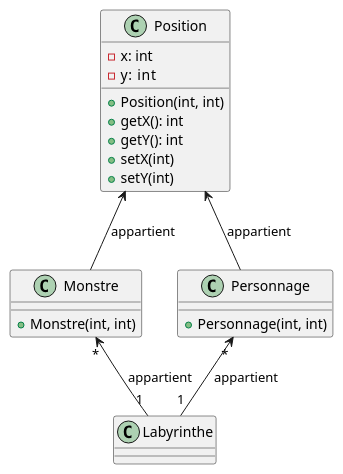
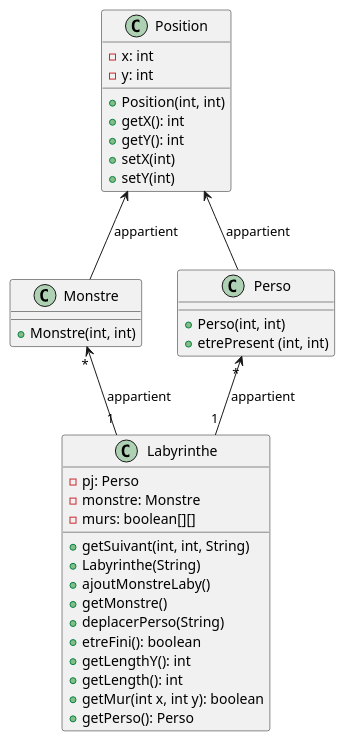
Before and after one commit to Erwanquilliou/2024_Zeldiablo_quilliou2u_leveque58u: the diagram in zeldiablo/documents/version_1/diagclass_monstreImmobile.puml, drawn with PlantUML.

Commit message:
monstresansDeplacement

```diff
--- a/zeldiablo/documents/version_1/diagclass_monstreImmobile.puml
+++ b/zeldiablo/documents/version_1/diagclass_monstreImmobile.puml
@@ -1,34 +1,49 @@
 @startuml
 
 class Position{
 - x: int
-- y:  int
+- y: int
 + Position(int, int)
 + getX(): int
 + getY(): int
 + setX(int)
 + setY(int)
 }
 
 Position <-- Monstre : appartient
 
 class Monstre{
 + Monstre(int, int)
+
 }
 
-Position <-- Personnage : appartient
+Position <-- Perso : appartient
 
-class Personnage{
-+ Personnage(int, int)
+class Perso{
++ Perso(int, int)
++ etrePresent (int, int)
 }
 
 Monstre "*" <-- "1" Labyrinthe : appartient
-Personnage "*" <-- "1" Labyrinthe : appartient
+Perso "*" <-- "1" Labyrinthe : appartient
 
 class Labyrinthe{
+- pj: Perso
+- monstre: Monstre
+- murs: boolean[][]
++ getSuivant(int, int, String)
++ Labyrinthe(String)
++ ajoutMonstreLaby()
++ getMonstre()
++ deplacerPerso(String)
++ etreFini(): boolean
++ getLengthY(): int
++ getLength(): int
++ getMur(int x, int y): boolean
++ getPerso(): Perso
 }
 
 
 
 
 @enduml
```
